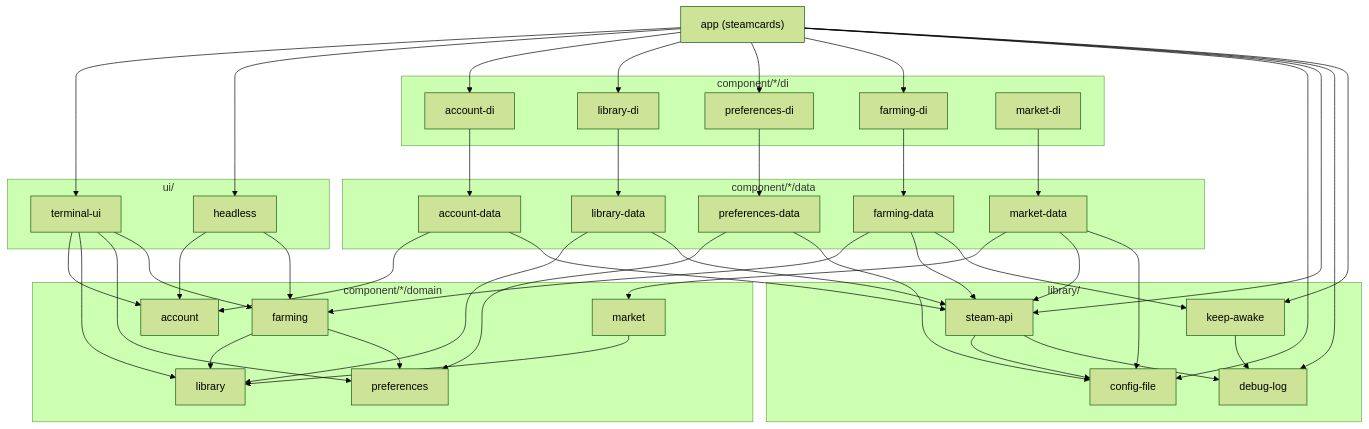
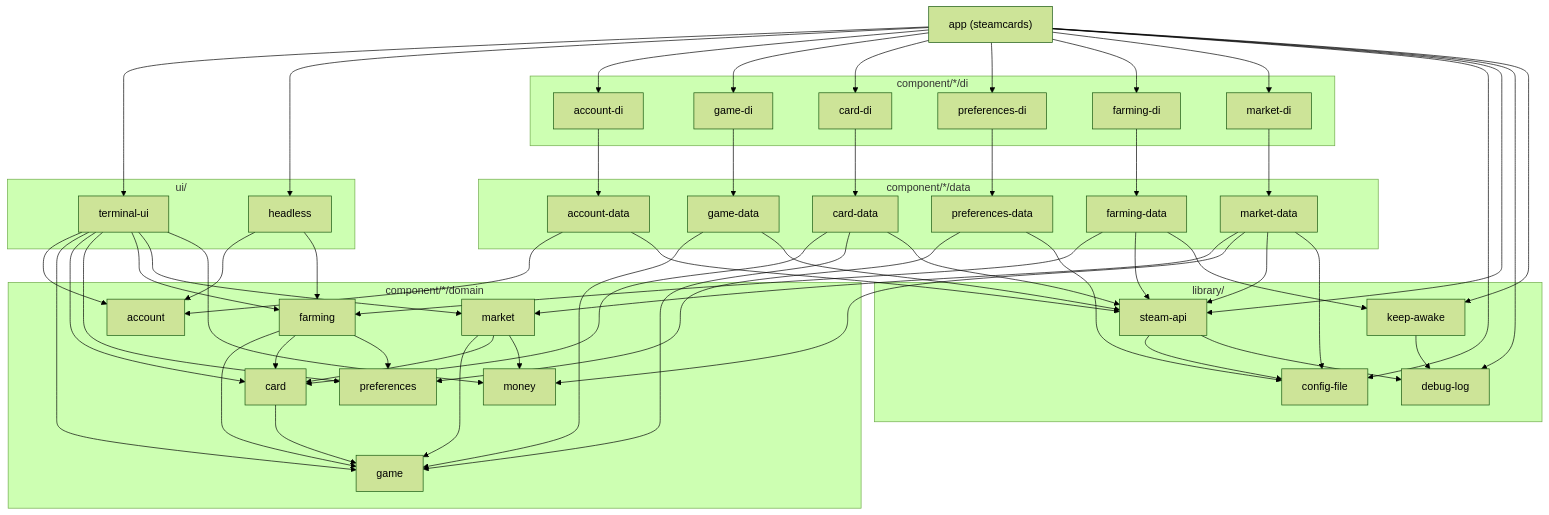
The diagram in docs/architecture.md (joshgallantt/steamcards), drawn with Mermaid (forest theme) before and after one commit. The commit also changed other lines of this file and 85 other files, not shown here.

First line of the commit message:
Split the library into game and card components

````diff
--- a/docs/architecture.md
+++ b/docs/architecture.md
@@ -313,58 +321,65 @@
 ```mermaid
 graph TD
     APP["app (steamcards)"]
 
     subgraph UI["ui/"]
         TUI[terminal-ui]
         HL[headless]
     end
 
     subgraph DI["component/*/di"]
         ADI[account-di]
-        LDI[library-di]
+        GDI[game-di]
+        CDI[card-di]
         PDI[preferences-di]
         FDI[farming-di]
         MDI[market-di]
     end
 
     subgraph DATA["component/*/data"]
         AD[account-data]
-        LD[library-data]
+        GD[game-data]
+        CD[card-data]
         PD[preferences-data]
         FD[farming-data]
         MD[market-data]
     end
 
     subgraph DOMAIN["component/*/domain"]
+        MON[money]
         ACC[account]
-        LIB[library]
+        GAME[game]
+        CARD[card]
         PREF[preferences]
         FARM[farming]
         MKT[market]
     end
 
     subgraph LIBS["library/"]
         SA[steam-api]
         CF[config-file]
         DL[debug-log]
         KA[keep-awake]
     end
 
-    APP --> TUI & HL & ADI & LDI & PDI & FDI & CF & SA & DL & KA
-    TUI --> ACC & LIB & PREF & FARM
+    APP --> TUI & HL & ADI & GDI & CDI & PDI & FDI & MDI & CF & SA & DL & KA
+    TUI --> ACC & GAME & CARD & PREF & FARM & MKT & MON
     HL --> ACC & FARM
     ADI --> AD
-    LDI --> LD
+    GDI --> GD
+    CDI --> CD
     PDI --> PD
     FDI --> FD
     MDI --> MD
     AD --> ACC & SA
-    LD --> LIB & SA
+    GD --> GAME & SA
+    CD --> CARD & GAME & SA
     PD --> PREF & CF
     FD --> FARM & SA & KA
-    MD --> MKT & SA & CF
-    FARM --> LIB & PREF
-    MKT --> LIB
+    MD --> MKT & MON & SA & CF
+    CARD --> GAME
+    FARM --> GAME & CARD & PREF
+    MKT --> GAME & CARD & MON
     SA --> CF & DL
     KA --> DL
 ```
````
